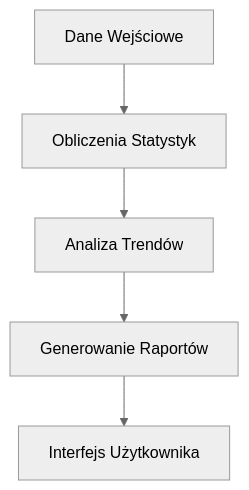
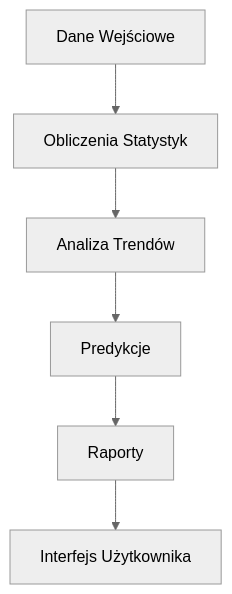
One commit to rrsartneoai/smart-grid-gems-37-50 changed the second of 3 diagrams in src/docs/Architecture.md. Above: the diagram before and after it, drawn with Mermaid (neutral theme). The commit also changed other lines of this file, not shown here.

First line of the commit message:
Add diagram generation query for dashboard

````diff
--- a/src/docs/Architecture.md
+++ b/src/docs/Architecture.md
@@ -62,7 +89,8 @@
 ```mermaid
 graph TD
-  A[Dane Wejściowe] --> B[Obliczenia Statystyk]
-  B --> C[Analiza Trendów]
-  C --> D[Generowanie Raportów]
-  D --> E[Interfejs Użytkownika]
+    A[Dane Wejściowe] --> B[Obliczenia Statystyk]
+    B --> C[Analiza Trendów]
+    C --> D[Predykcje]
+    D --> E[Raporty]
+    E --> F[Interfejs Użytkownika]
 ```
````
